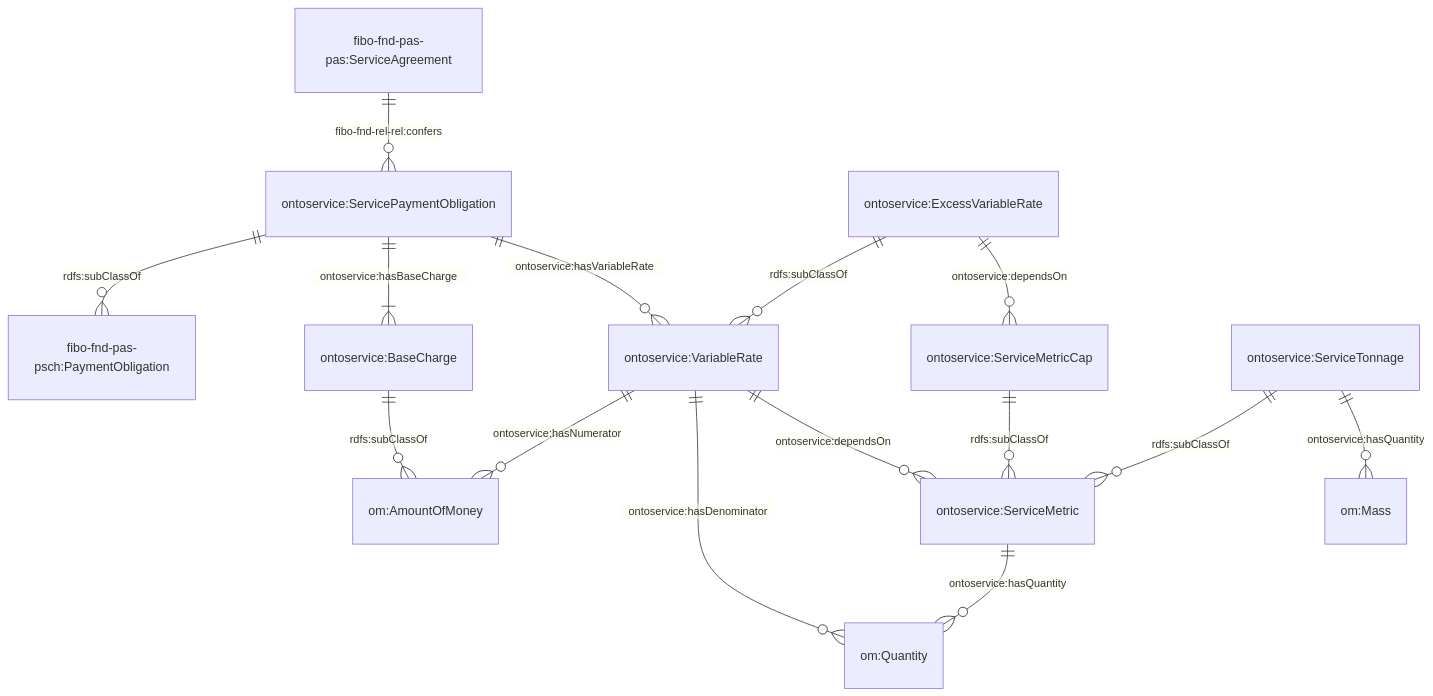
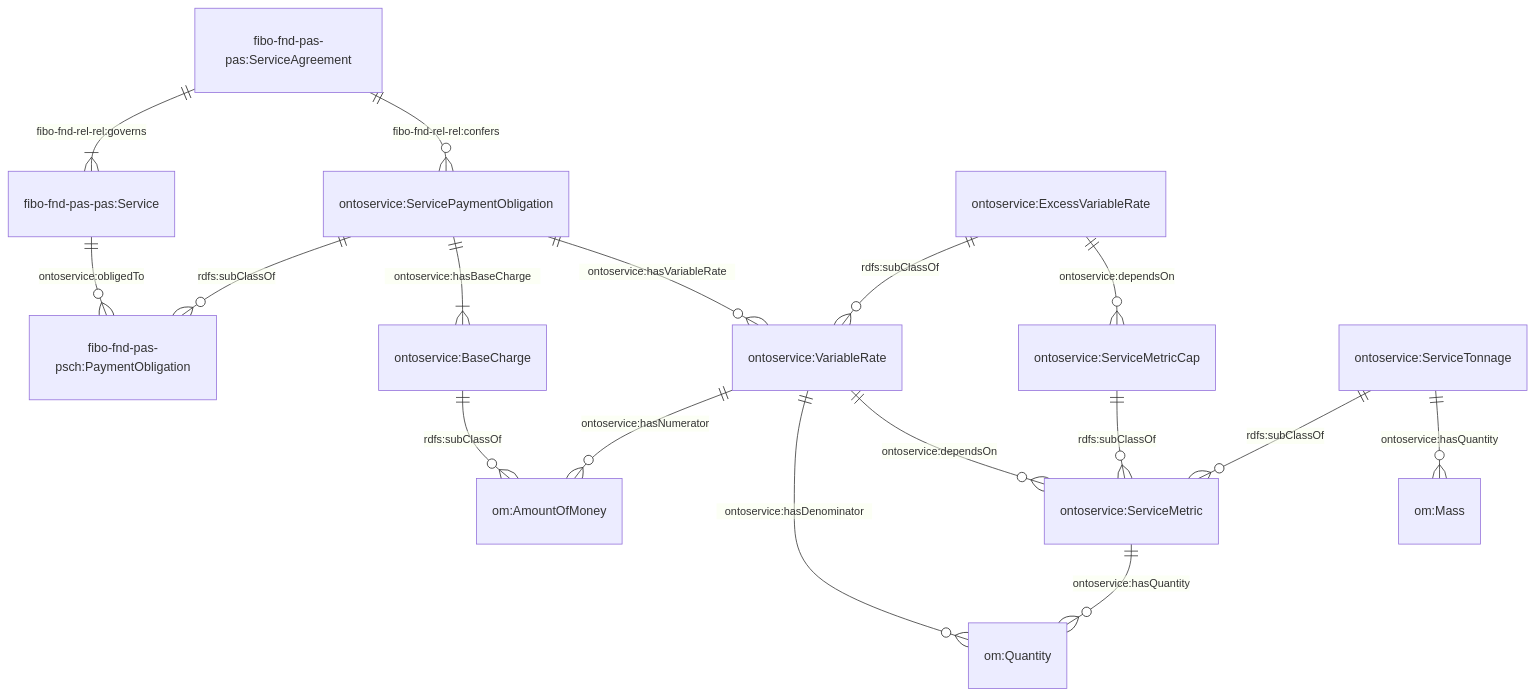
Before and after one commit to cambridge-cares/TheWorldAvatar: the second of 5 diagrams in JPS_Ontology/ontology/ontoservice/README.md, drawn with Mermaid. The commit also changed other lines of this file and 2 other files, not shown here.

Commit message:
dev_ontoservice: Added links from services to the payment obligation and contractual commitment

````diff
--- a/JPS_Ontology/ontology/ontoservice/README.md
+++ b/JPS_Ontology/ontology/ontoservice/README.md
@@ -96,21 +96,23 @@
 ```mermaid
     erDiagram
+    "fibo-fnd-pas-pas:ServiceAgreement" ||--|{ "fibo-fnd-pas-pas:Service" : "fibo-fnd-rel-rel:governs"
+    "fibo-fnd-pas-pas:Service" ||--o{ "fibo-fnd-pas-psch:PaymentObligation" : "ontoservice:obligedTo"
     "fibo-fnd-pas-pas:ServiceAgreement" ||--o{ "ontoservice:ServicePaymentObligation" : "fibo-fnd-rel-rel:confers"
     "ontoservice:ServicePaymentObligation" ||--o{ "fibo-fnd-pas-psch:PaymentObligation" : "rdfs:subClassOf"
     "ontoservice:ServicePaymentObligation" ||--|{ "ontoservice:BaseCharge"  : "ontoservice:hasBaseCharge"
     "ontoservice:BaseCharge" ||--o{ "om:AmountOfMoney" : "rdfs:subClassOf"
 
     "ontoservice:ServicePaymentObligation" ||--o{ "ontoservice:VariableRate"  : "ontoservice:hasVariableRate"
     "ontoservice:VariableRate" ||--o{ "om:AmountOfMoney"  : "ontoservice:hasNumerator"
     "ontoservice:VariableRate" ||--o{ "om:Quantity" : "ontoservice:hasDenominator"
     "ontoservice:ExcessVariableRate" ||--o{ "ontoservice:VariableRate" : "rdfs:subClassOf"
 
     "ontoservice:VariableRate" ||--o{ "ontoservice:ServiceMetric"  : "ontoservice:dependsOn"
     "ontoservice:ExcessVariableRate" ||--o{ "ontoservice:ServiceMetricCap"  : "ontoservice:dependsOn"
 
     "ontoservice:ServiceMetricCap" ||--o{ "ontoservice:ServiceMetric" : "rdfs:subClassOf"
     "ontoservice:ServiceTonnage" ||--o{ "ontoservice:ServiceMetric" : "rdfs:subClassOf"
 
     "ontoservice:ServiceMetric" ||--o{ "om:Quantity"  : "ontoservice:hasQuantity"
     "ontoservice:ServiceTonnage" ||--o{ "om:Mass"  : "ontoservice:hasQuantity"
 ```
````
